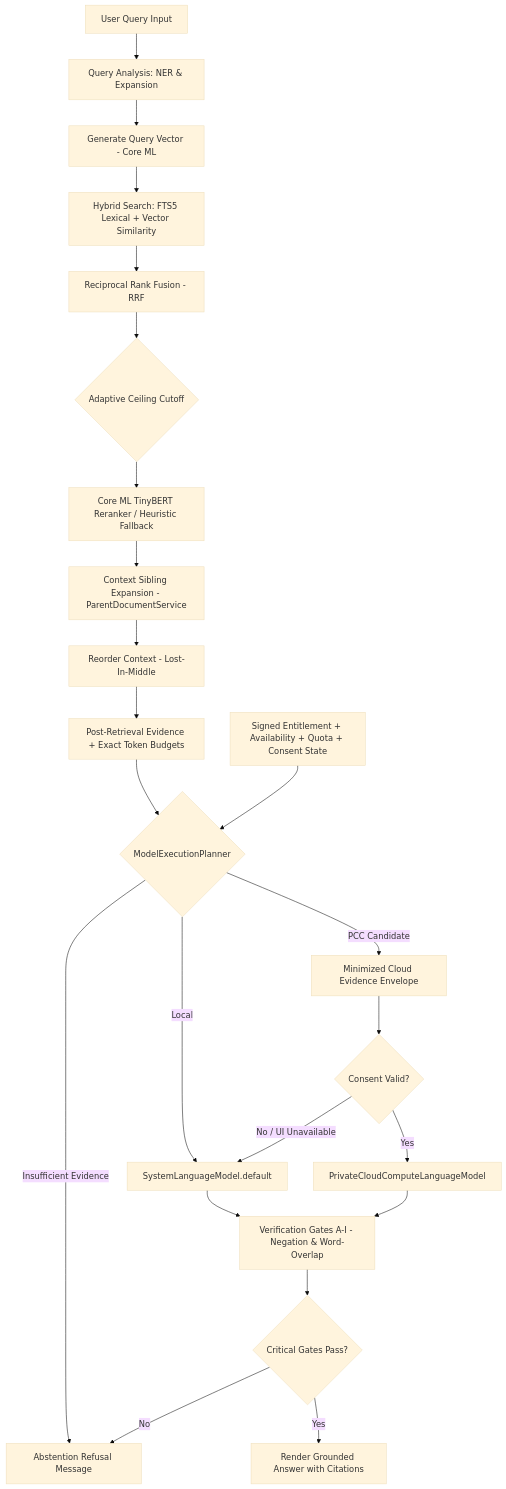
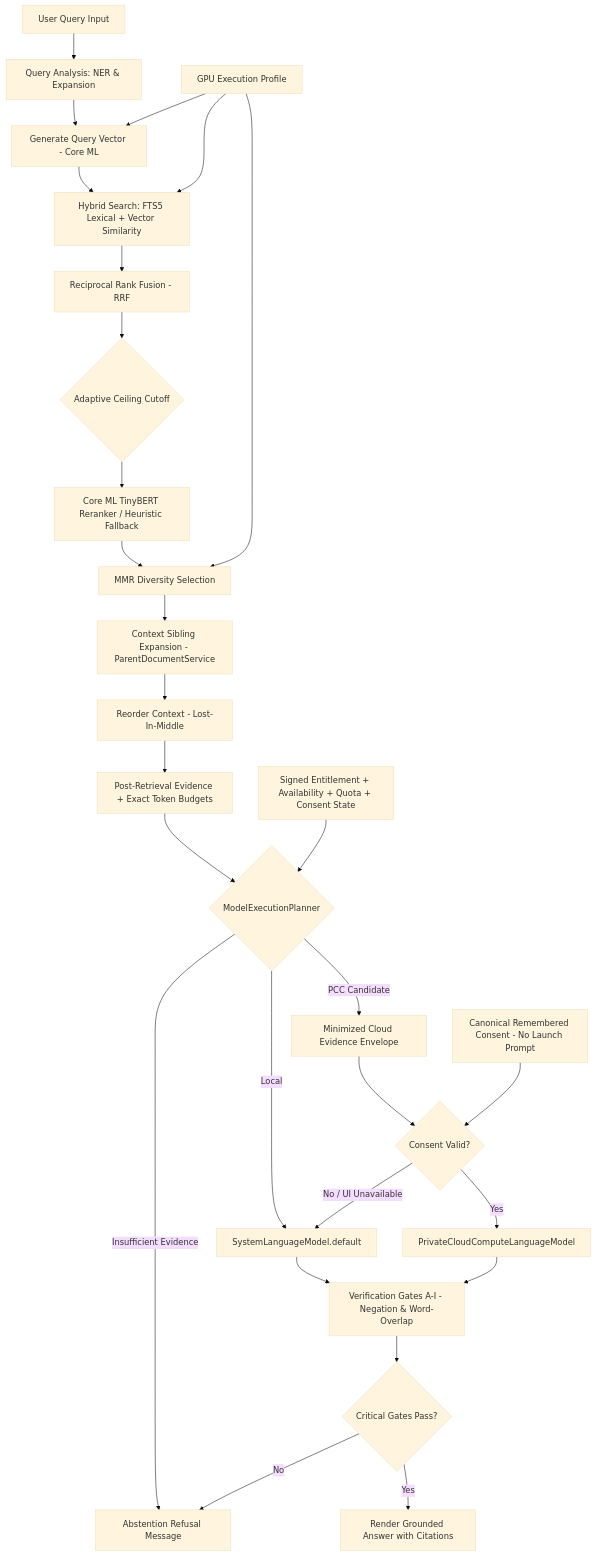
The diagram in Docs/RETRIEVAL_PIPELINE.md (Gunnarguy/OpenIntelligence), drawn with Mermaid (base theme) before and after one commit. The commit also changed 18 other files, not shown here.

Commit message:
fix(General): make GPU routing accurate and remember PCC consent

````diff
--- a/Docs/RETRIEVAL_PIPELINE.md
+++ b/Docs/RETRIEVAL_PIPELINE.md
@@ -16,25 +16,30 @@
 ```mermaid
 flowchart TD
     UserQuery[User Query Input] --> QueryPlan[Query Analysis: NER & Expansion]
     QueryPlan --> EmbeddingGen[Generate Query Vector - Core ML]
+    GPUProfile[GPU Execution Profile] --> EmbeddingGen
     EmbeddingGen --> HybridSearch[Hybrid Search: FTS5 Lexical + Vector Similarity]
+    GPUProfile --> HybridSearch
     HybridSearch --> RRF[Reciprocal Rank Fusion - RRF]
     RRF --> Cutoff{Adaptive Ceiling Cutoff}
     Cutoff --> Rerank[Core ML TinyBERT Reranker / Heuristic Fallback]
-    Rerank --> ContextExpand[Context Sibling Expansion - ParentDocumentService]
+    Rerank --> MMR[MMR Diversity Selection]
+    GPUProfile --> MMR
+    MMR --> ContextExpand[Context Sibling Expansion - ParentDocumentService]
     ContextExpand --> LostInMiddle[Reorder Context - Lost-In-Middle]
     LostInMiddle --> Evidence[Post-Retrieval Evidence + Exact Token Budgets]
     Evidence --> ModelRoute{ModelExecutionPlanner}
     Capability[Signed Entitlement + Availability + Quota + Consent State] --> ModelRoute
     ModelRoute -- Insufficient Evidence --> AbstainRefusal
     ModelRoute -- Local --> LocalLLM[SystemLanguageModel.default]
     ModelRoute -- PCC Candidate --> Minimize[Minimized Cloud Evidence Envelope]
     Minimize --> Consent{Consent Valid?}
+    Remembered[Canonical Remembered Consent - No Launch Prompt] --> Consent
     Consent -- Yes --> PCCLLM[PrivateCloudComputeLanguageModel]
     Consent -- No / UI Unavailable --> LocalLLM
     LocalLLM --> Verification[Verification Gates A-I - Negation & Word-Overlap]
     PCCLLM --> Verification
     Verification --> Decision{Critical Gates Pass?}
     Decision -- Yes --> GroundedAnswer[Render Grounded Answer with Citations]
     Decision -- No --> AbstainRefusal[Abstention Refusal Message]
 ```
````
